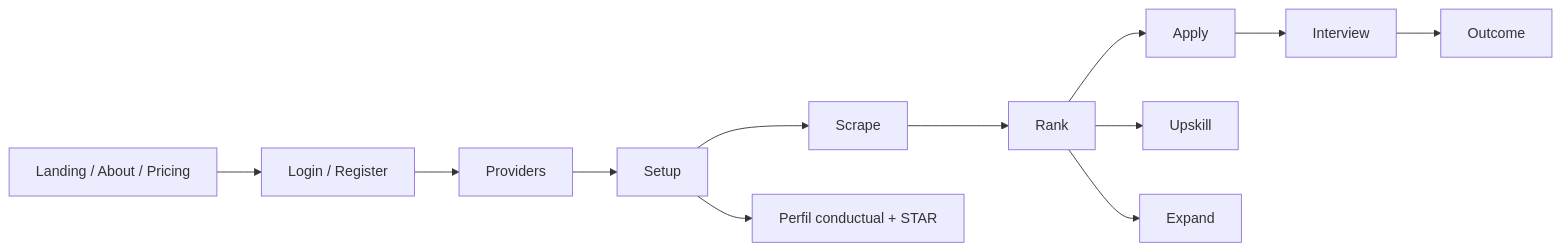
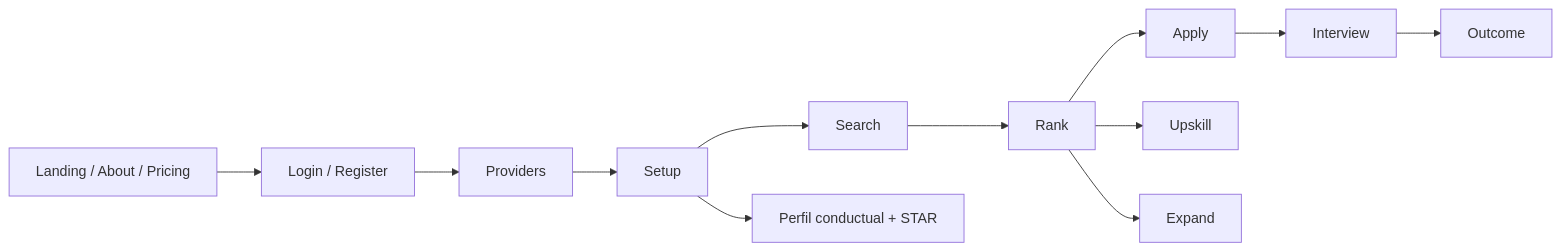
The diagram in README.md (AntonyML/open-ai-jobs-search-nextjs-frontend), drawn with Mermaid before and after one commit. The commit also changed other lines of this file, not shown here.

Commit message:
fix: update job search and scraping steps in README for clarity and accuracy

````diff
--- a/README.md
+++ b/README.md
@@ -95,14 +96,14 @@
 ```mermaid
 flowchart LR
   A[Landing / About / Pricing] --> B[Login / Register]
   B --> C[Providers]
   C --> D[Setup]
-  D --> E[Scrape]
+  D --> E[Search]
   E --> F[Rank]
   F --> G[Apply]
   G --> H[Interview]
   H --> I[Outcome]
   D --> J[Perfil conductual + STAR]
   F --> K[Upskill]
   F --> L[Expand]
 ```
````
